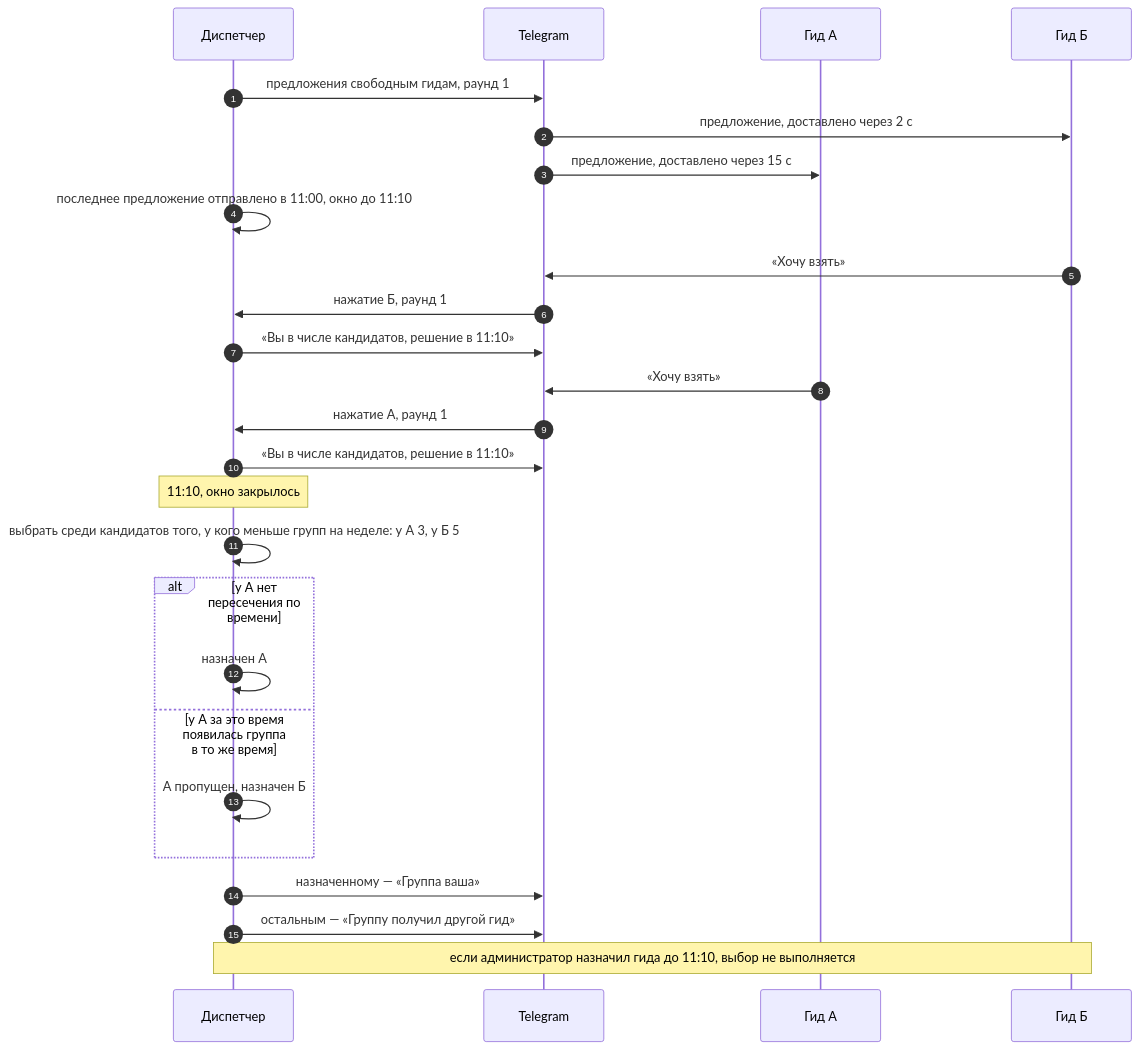
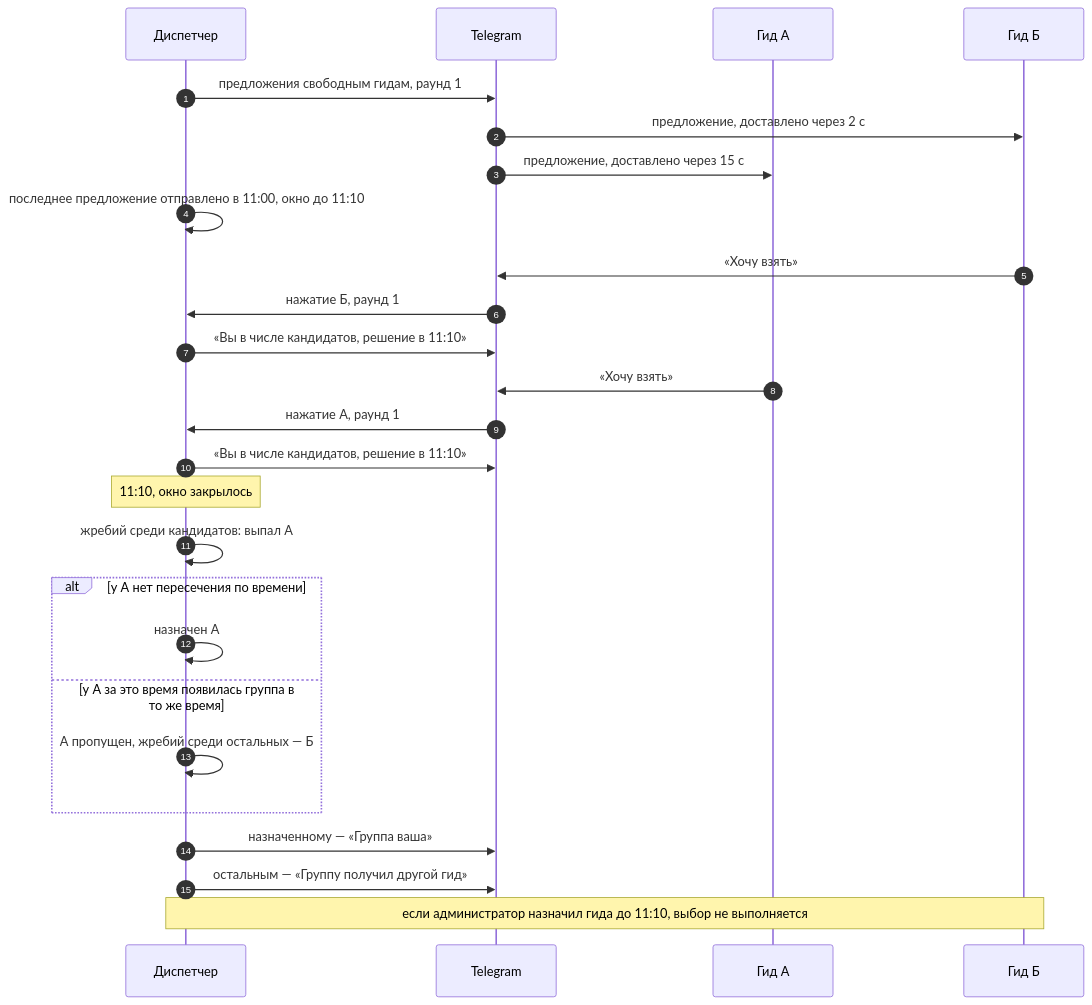
One commit to KORTEZZ12/excursion-dispatch changed the second of 6 diagrams in docs/design/sequences.md. Above: the diagram before and after it, drawn with Mermaid. The commit also changed other lines of this file and 6 other files, not shown here.

````diff
--- a/docs/design/sequences.md
+++ b/docs/design/sequences.md
@@ -47,28 +47,28 @@
 ```mermaid
 sequenceDiagram
   autonumber
   participant D as Диспетчер
   participant TG as Telegram
   participant A as Гид А
   participant B as Гид Б
   D->>TG: предложения свободным гидам, раунд 1
   TG->>B: предложение, доставлено через 2 с
   TG->>A: предложение, доставлено через 15 с
   D->>D: последнее предложение отправлено в 11:00, окно до 11:10
   B->>TG: «Хочу взять»
   TG->>D: нажатие Б, раунд 1
   D->>TG: «Вы в числе кандидатов, решение в 11:10»
   A->>TG: «Хочу взять»
   TG->>D: нажатие А, раунд 1
   D->>TG: «Вы в числе кандидатов, решение в 11:10»
   Note over D: 11:10, окно закрылось
-  D->>D: выбрать среди кандидатов того, у кого меньше групп на неделе: у А 3, у Б 5
+  D->>D: жребий среди кандидатов: выпал А
   alt у А нет пересечения по времени
     D->>D: назначен А
   else у А за это время появилась группа в то же время
-    D->>D: А пропущен, назначен Б
+    D->>D: А пропущен, жребий среди остальных — Б
   end
   D->>TG: назначенному — «Группа ваша»
   D->>TG: остальным — «Группу получил другой гид»
   Note over D,B: если администратор назначил гида до 11:10, выбор не выполняется
 ```
````
